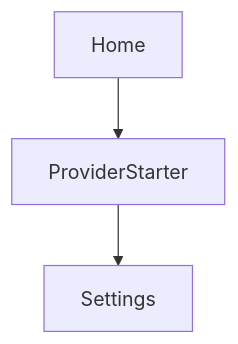
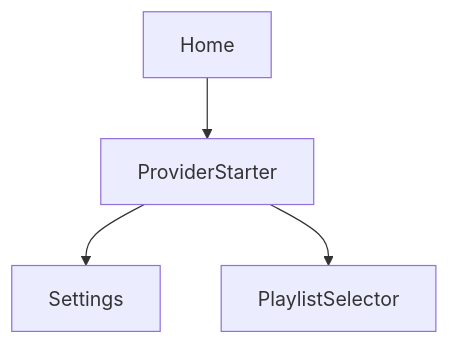
Before and after one commit to Hernandva/Playlister: the diagram in Playlister/FEATURES.md, drawn with Mermaid. The commit also changed other lines of this file and 8 other files, not shown here.

Commit message:
new: generate PlaylistSelector feature

````diff
--- a/Playlister/FEATURES.md
+++ b/Playlister/FEATURES.md
@@ -162,6 +163,7 @@
 ```mermaid
 graph TD
     Home
     Home --> ProviderStarter
     ProviderStarter --> Settings
+    ProviderStarter --> PlaylistSelector
 ```
````
